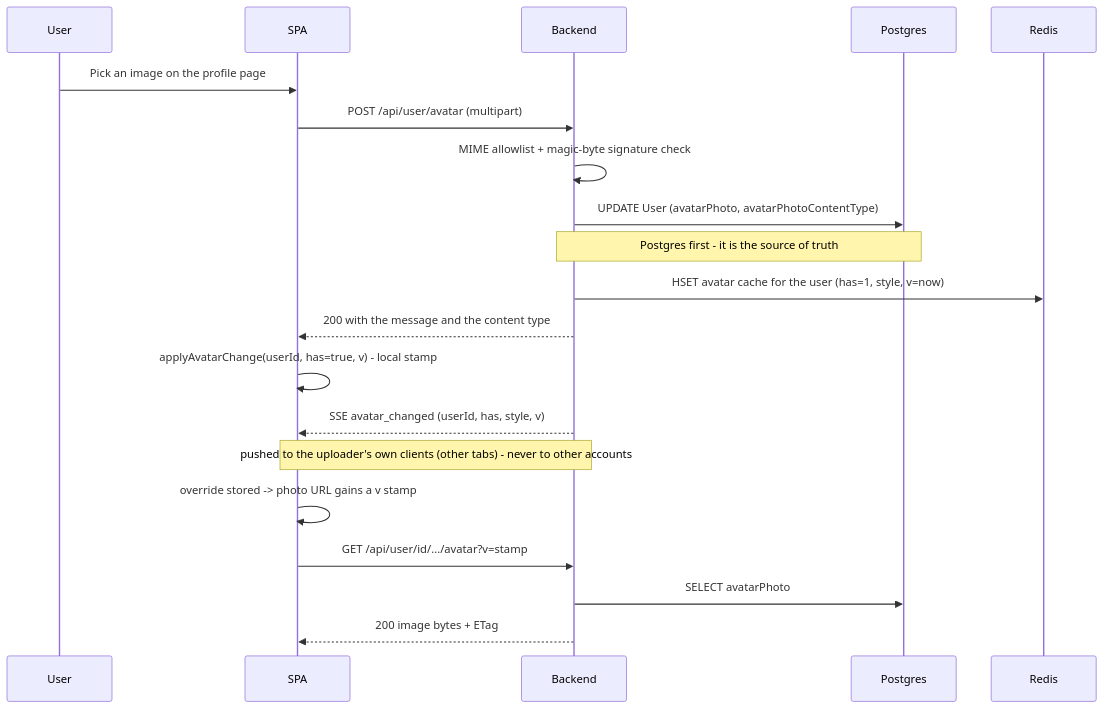
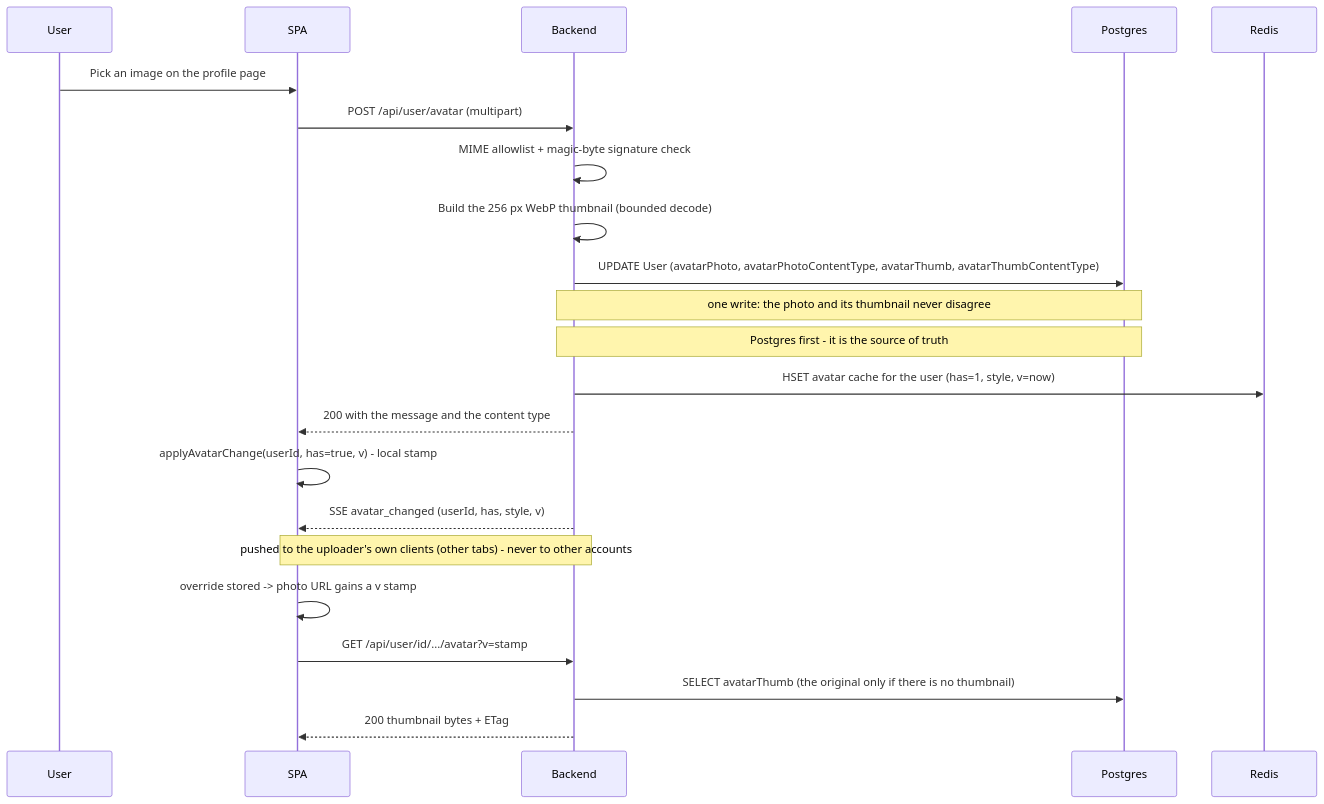
Before and after one commit to IrmaJoKerr/ft_transcendence-ludo: the first of 5 diagrams in docs/avatar-system.md, drawn with Mermaid. The commit also changed other lines of this file and 42 other files, not shown here.

Commit message:
feat(avatar): downscale uploads to a 256px WebP derivative, harden containers. docs: updated documents to match changes.

````diff
--- a/docs/avatar-system.md
+++ b/docs/avatar-system.md
@@ -156,23 +191,25 @@
 ```mermaid
 sequenceDiagram
     participant U as User
     participant SPA as SPA
     participant API as Backend
     participant DB as Postgres
     participant R as Redis
 
     U->>SPA: Pick an image on the profile page
     SPA->>API: POST /api/user/avatar (multipart)
     API->>API: MIME allowlist + magic-byte signature check
-    API->>DB: UPDATE User (avatarPhoto, avatarPhotoContentType)
+    API->>API: Build the 256 px WebP thumbnail (bounded decode)
+    API->>DB: UPDATE User (avatarPhoto, avatarPhotoContentType, avatarThumb, avatarThumbContentType)
+    Note over API,DB: one write: the photo and its thumbnail never disagree
     Note over API,DB: Postgres first - it is the source of truth
     API->>R: HSET avatar cache for the user (has=1, style, v=now)
     API-->>SPA: 200 with the message and the content type
     SPA->>SPA: applyAvatarChange(userId, has=true, v) - local stamp
     API-->>SPA: SSE avatar_changed (userId, has, style, v)
     Note over API,SPA: pushed to the uploader's own clients (other tabs) - never to other accounts
     SPA->>SPA: override stored -> photo URL gains a v stamp
     SPA->>API: GET /api/user/id/.../avatar?v=stamp
-    API->>DB: SELECT avatarPhoto
-    API-->>SPA: 200 image bytes + ETag
+    API->>DB: SELECT avatarThumb (the original only if there is no thumbnail)
+    API-->>SPA: 200 thumbnail bytes + ETag
 ```
````
